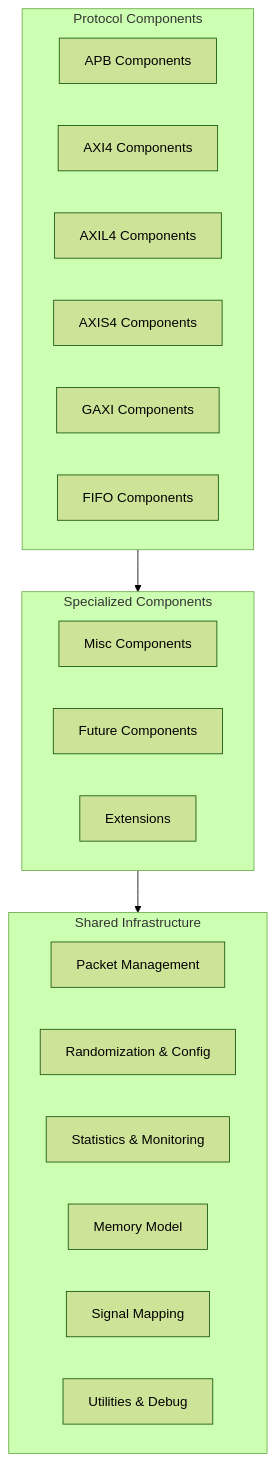
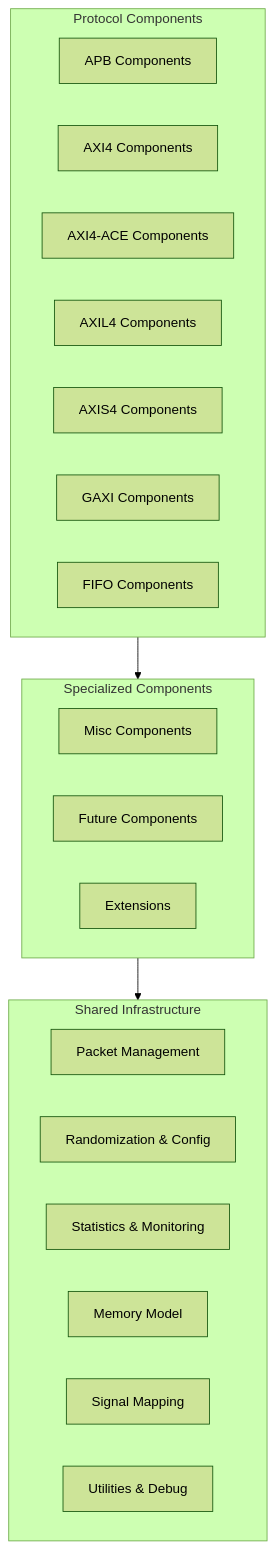
One commit to sean-galloway/RTLDesignSherpa-DV changed the diagram in docs/components/components_index.md. Above: the diagram before and after it, drawn with Mermaid (forest theme). The commit also changed other lines of this file and 31 other files, not shown here.

Commit message:
feat(ace): AXI4-ACE BFM family — master/slave with RACK/WACK, snoop master/slave, packets, compliance checker; release 1.2.0

````diff
--- a/docs/components/components_index.md
+++ b/docs/components/components_index.md
@@ -103,29 +104,30 @@
 ```mermaid
 graph TB
     subgraph Protocol["Protocol Components"]
         APB[APB Components]
         AXI4[AXI4 Components]
+        ACE[AXI4-ACE Components]
         AXIL4[AXIL4 Components]
         AXIS4[AXIS4 Components]
         GAXI[GAXI Components]
         FIFO[FIFO Components]
     end
 
     subgraph Specialized["Specialized Components"]
         Misc[Misc Components]
         Future1[Future Components]
         Future2[Extensions]
     end
 
     subgraph Shared["Shared Infrastructure"]
         Packet[Packet Management]
         Random[Randomization & Config]
         Stats[Statistics & Monitoring]
         Memory[Memory Model]
         Signal[Signal Mapping]
         Utils[Utilities & Debug]
     end
 
     Protocol --> Specialized
     Specialized --> Shared
 ```
````
